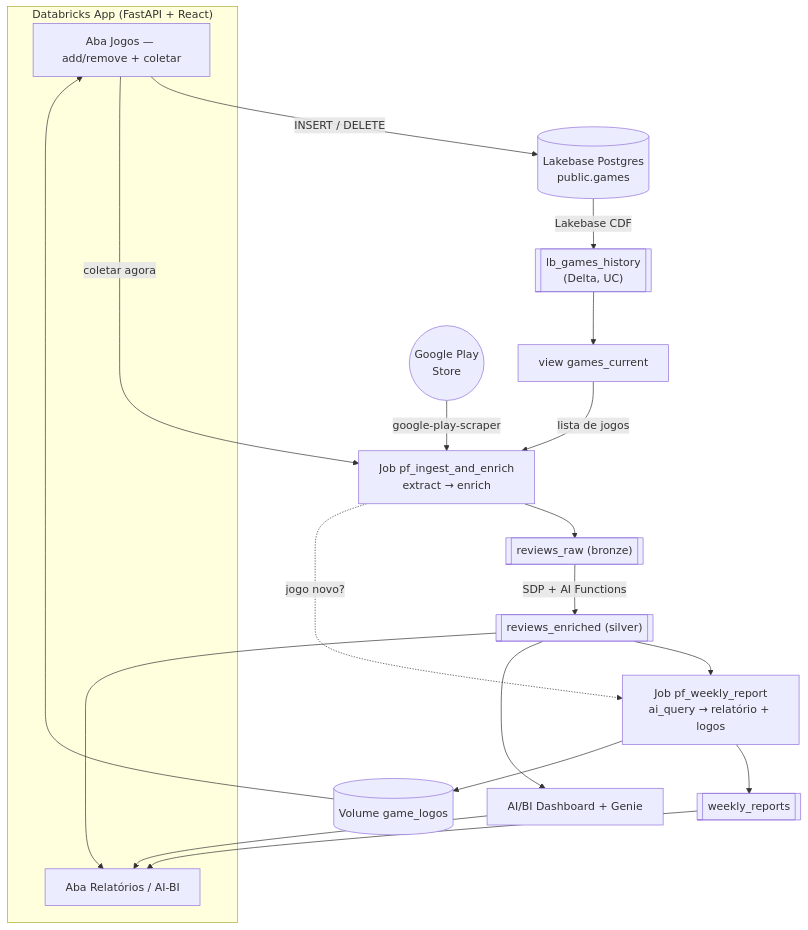
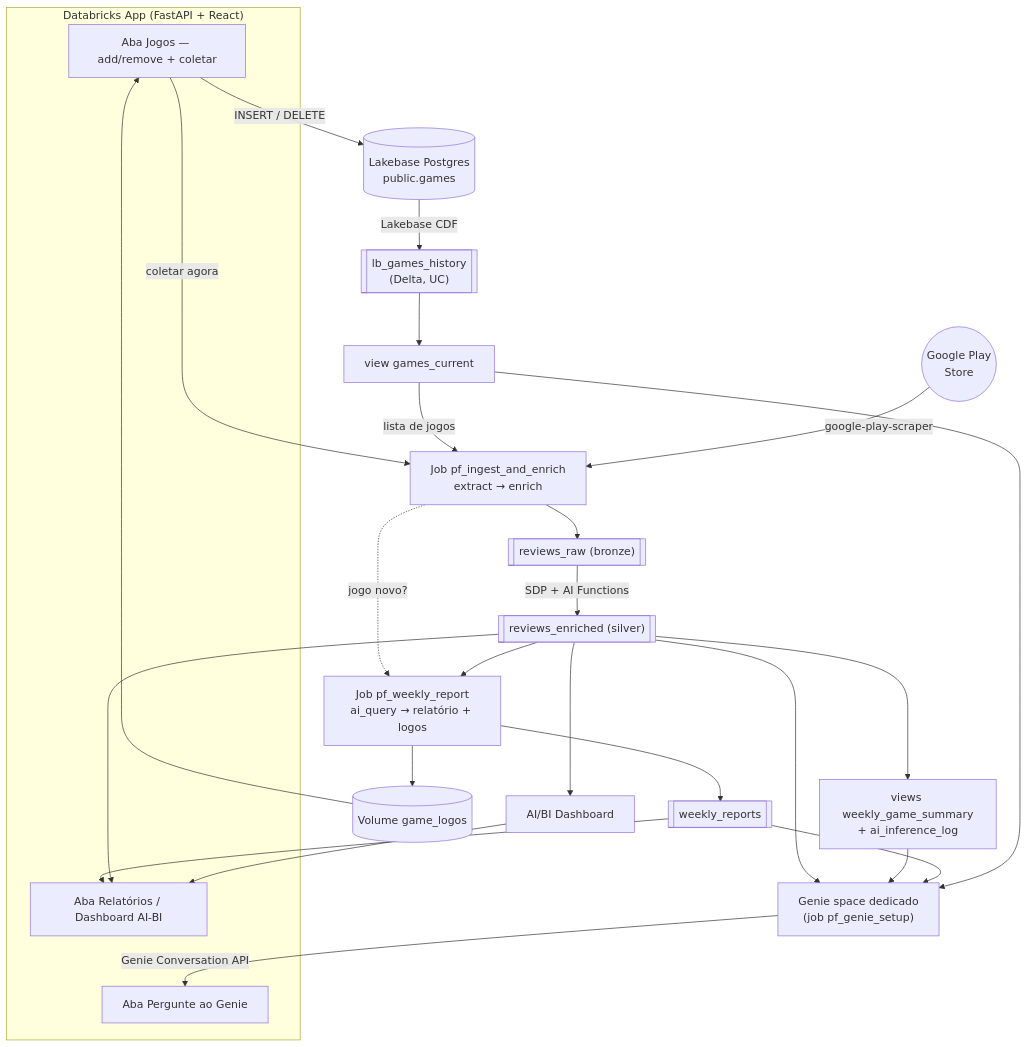
Before and after one commit to PSPedro176/player-feedback-analysis: the diagram in README.md, drawn with Mermaid. The commit also changed other lines of this file, not shown here.

Commit message:
README: accurate Genie wording + Genie space section

````diff
--- a/README.md
+++ b/README.md
@@ -11,25 +12,32 @@
 ```mermaid
 flowchart TD
     subgraph App["Databricks App (FastAPI + React)"]
       UI["Aba Jogos — add/remove + coletar"]
-      RPT["Aba Relatórios / AI-BI"]
+      RPT["Aba Relatórios / Dashboard AI-BI"]
+      CHAT["Aba Pergunte ao Genie"]
     end
     UI -->|INSERT / DELETE| LB[("Lakebase Postgres<br/>public.games")]
     LB -->|Lakebase CDF| HIST[["lb_games_history<br/>(Delta, UC)"]]
     HIST --> GC["view games_current"]
 
     UI -->|coletar agora| ING
     GC -->|lista de jogos| ING["Job pf_ingest_and_enrich<br/>extract → enrich"]
     PS(("Google Play<br/>Store")) -->|google-play-scraper| ING
     ING --> RAW[["reviews_raw (bronze)"]]
     RAW -->|SDP + AI Functions| ENR[["reviews_enriched (silver)"]]
     ING -.->|jogo novo?| WK["Job pf_weekly_report<br/>ai_query → relatório + logos"]
     ENR --> WK
     WK --> WR[["weekly_reports"]]
     WK --> VOL[("Volume game_logos")]
-    ENR --> DASH["AI/BI Dashboard + Genie"]
+    ENR --> DASH["AI/BI Dashboard"]
     WR --> RPT
     ENR --> RPT
     DASH --> RPT
+    ENR --> VIEWS["views weekly_game_summary<br/>+ ai_inference_log"]
+    ENR --> GENIE["Genie space dedicado<br/>(job pf_genie_setup)"]
+    VIEWS --> GENIE
+    WR --> GENIE
+    GC --> GENIE
+    GENIE -->|Genie Conversation API| CHAT
     VOL --> UI
 ```
````
